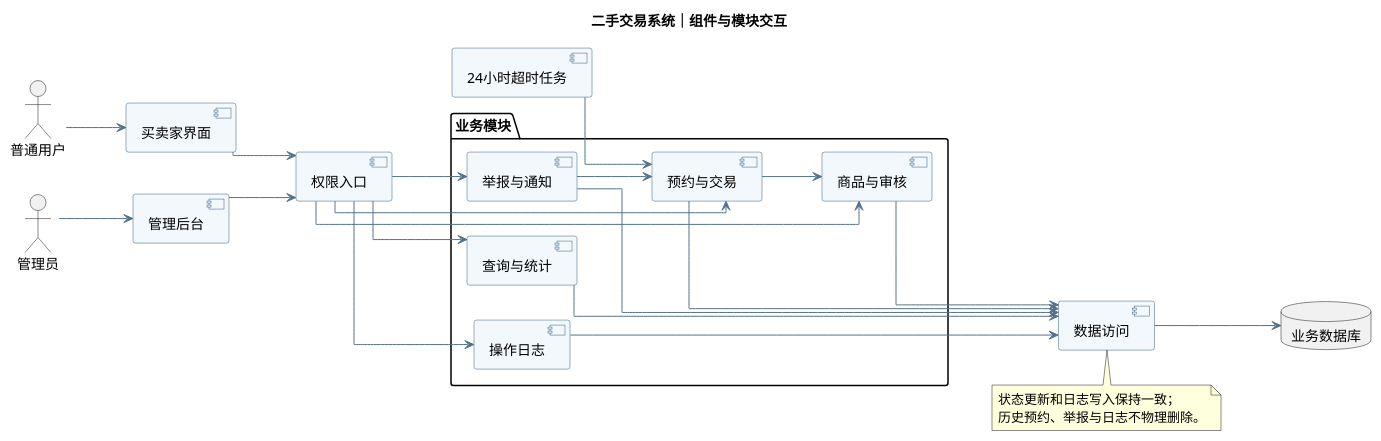
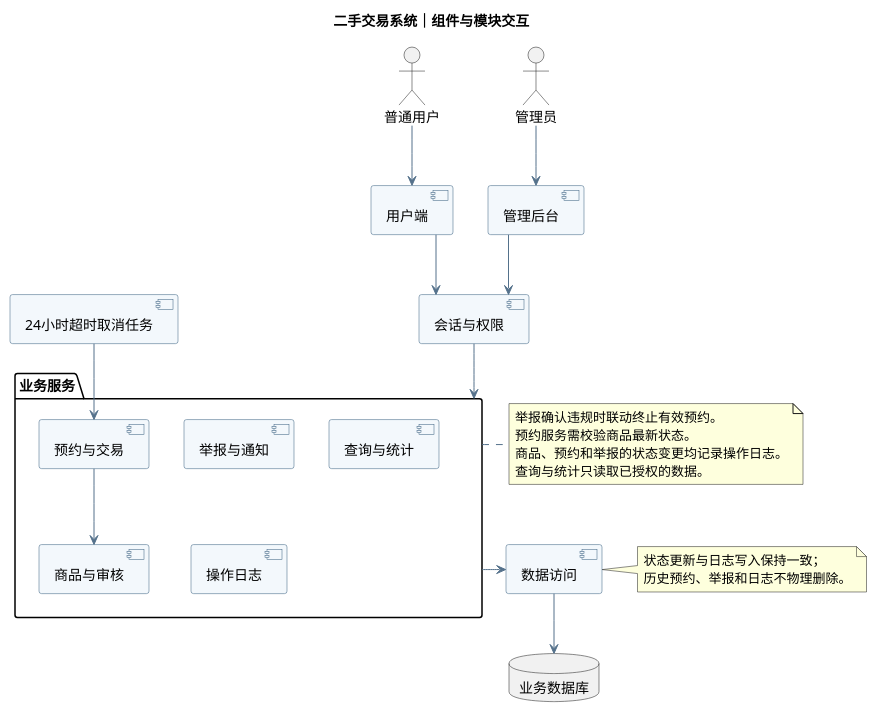
One commit to wxdwxdwxdzxzx/software-engineering-labs changed the diagram in 实验二/UML/UML组件图.puml. Above: the diagram before and after it, drawn with PlantUML. The commit also changed 6 other files, not shown here.

Commit message:
lab2: simplify report and correct UML layout and transaction logging

```diff
--- a/实验二/UML/UML组件图.puml
+++ b/实验二/UML/UML组件图.puml
@@ -1,48 +1,49 @@
 @startuml
 title 二手交易系统｜组件与模块交互
 skinparam defaultFontName Microsoft YaHei
 skinparam backgroundColor #FFFFFF
 skinparam componentBackgroundColor #F3F8FC
 skinparam componentBorderColor #355C7D
 skinparam ArrowColor #54718B
 skinparam shadowing false
 skinparam linetype ortho
-left to right direction
+top to bottom direction
+
 actor 普通用户 as User
 actor 管理员 as Admin
-component "买卖家界面" as Front
+component "用户端" as Front
 component "管理后台" as Back
-component "权限入口" as Gateway
-package "业务模块" {
- component "商品与审核" as Product
- component "预约与交易" as Booking
- component "举报与通知" as Moderation
- component "查询与统计" as Query
- component "操作日志" as Audit
+component "会话与权限" as Auth
+
+package "业务服务" as Core {
+  component "商品与审核" as Product
+  component "预约与交易" as Booking
+  component "举报与通知" as Moderation
+  component "查询与统计" as Query
+  component "操作日志" as Audit
 }
-component "24小时超时任务" as Timeout
+component "24小时超时取消任务" as Timeout
 component "数据访问" as Data
 database "业务数据库" as DB
-User --> Front
-Admin --> Back
-Front --> Gateway
-Back --> Gateway
-Gateway --> Product
-Gateway --> Booking
-Gateway --> Moderation
-Gateway --> Query
-Gateway --> Audit
+
+User -down-> Front
+Admin -down-> Back
+Front -down-> Auth
+Back -down-> Auth
+Auth -down-> Core
+Core -down-> Data
+Data -down-> DB
+Timeout --> Booking
 Booking --> Product
-Moderation --> Booking
-Timeout --> Booking
-Product --> Data
-Booking --> Data
-Moderation --> Data
-Query --> Data
-Audit --> Data
-Data --> DB
-note bottom of Data
- 状态更新和日志写入保持一致；
- 历史预约、举报与日志不物理删除。
+
+note right of Core
+  举报确认违规时联动终止有效预约。
+  预约服务需校验商品最新状态。
+  商品、预约和举报的状态变更均记录操作日志。
+  查询与统计只读取已授权的数据。
+end note
+note right of Data
+  状态更新与日志写入保持一致；
+  历史预约、举报和日志不物理删除。
 end note
 @enduml
```
